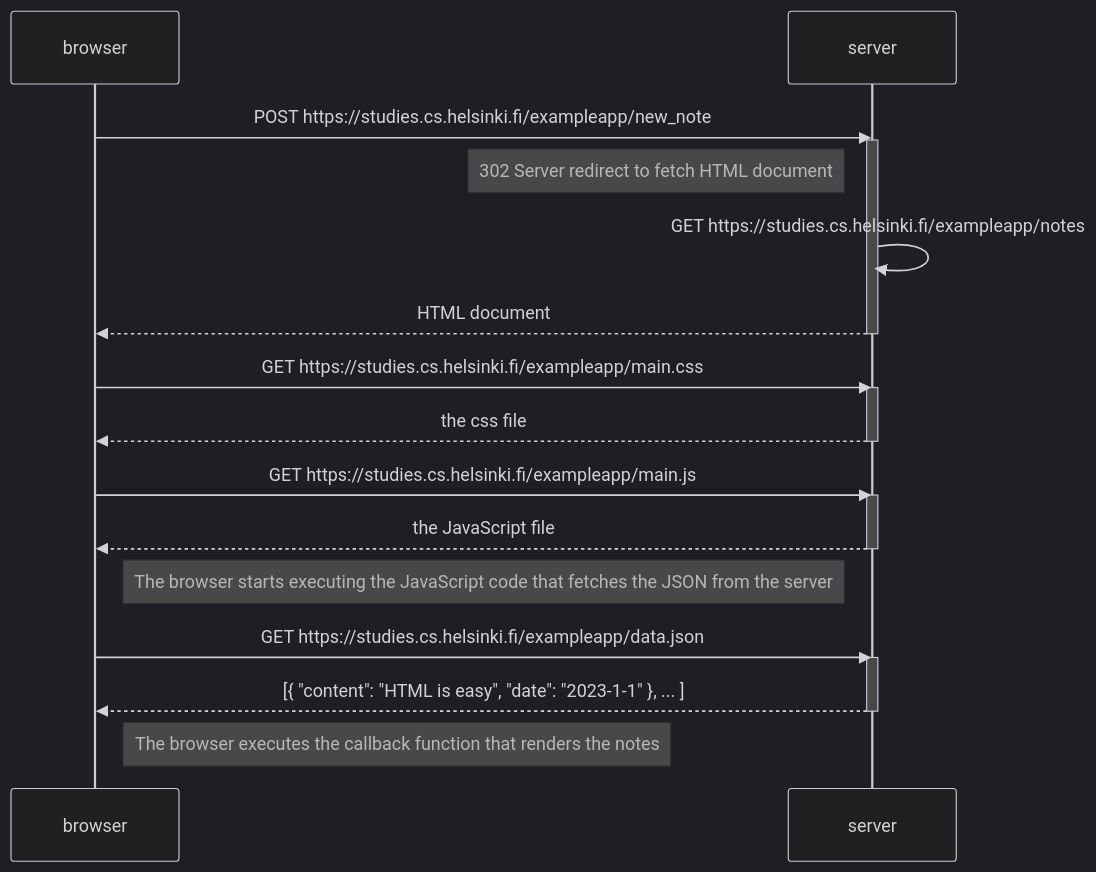
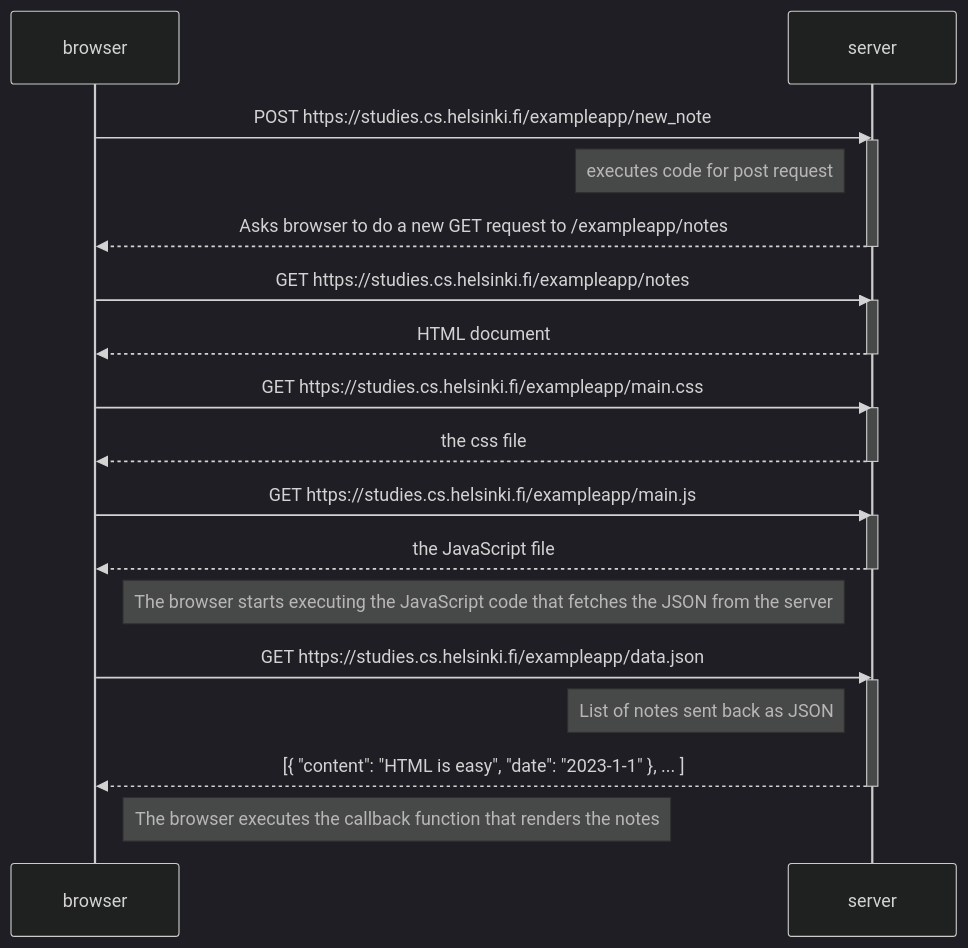
The diagram in part0/NewNoteDiagram.mmd (balinkrish2000/fullstackopen), drawn with Mermaid (dark theme) before and after one commit.

Commit message:
Update NewNoteDiagram.mmd
Added comments to server

```diff
--- a/part0/NewNoteDiagram.mmd
+++ b/part0/NewNoteDiagram.mmd
@@ -1,31 +1,34 @@
 sequenceDiagram
     participant browser
     participant server
 
     browser->>server: POST https://studies.cs.helsinki.fi/exampleapp/new_note
     activate server
+    Note left of server: executes code for post request
+    server-->>browser: Asks browser to do a new GET request to /exampleapp/notes
+    deactivate server
 
-    Note left of server: 302 Server redirect to fetch HTML document
-
-    server->>server: GET https://studies.cs.helsinki.fi/exampleapp/notes
+    browser->>server: GET https://studies.cs.helsinki.fi/exampleapp/notes
+    activate server
     server-->>browser: HTML document
     deactivate server
 
     browser->>server: GET https://studies.cs.helsinki.fi/exampleapp/main.css
     activate server
     server-->>browser: the css file
     deactivate server
 
     browser->>server: GET https://studies.cs.helsinki.fi/exampleapp/main.js
     activate server
     server-->>browser: the JavaScript file
     deactivate server
 
     Note right of browser: The browser starts executing the JavaScript code that fetches the JSON from the server
 
     browser->>server: GET https://studies.cs.helsinki.fi/exampleapp/data.json
     activate server
+    Note left of server: List of notes sent back as JSON
     server-->>browser: [{ "content": "HTML is easy", "date": "2023-1-1" }, ... ]
     deactivate server
 
     Note right of browser: The browser executes the callback function that renders the notes
```
